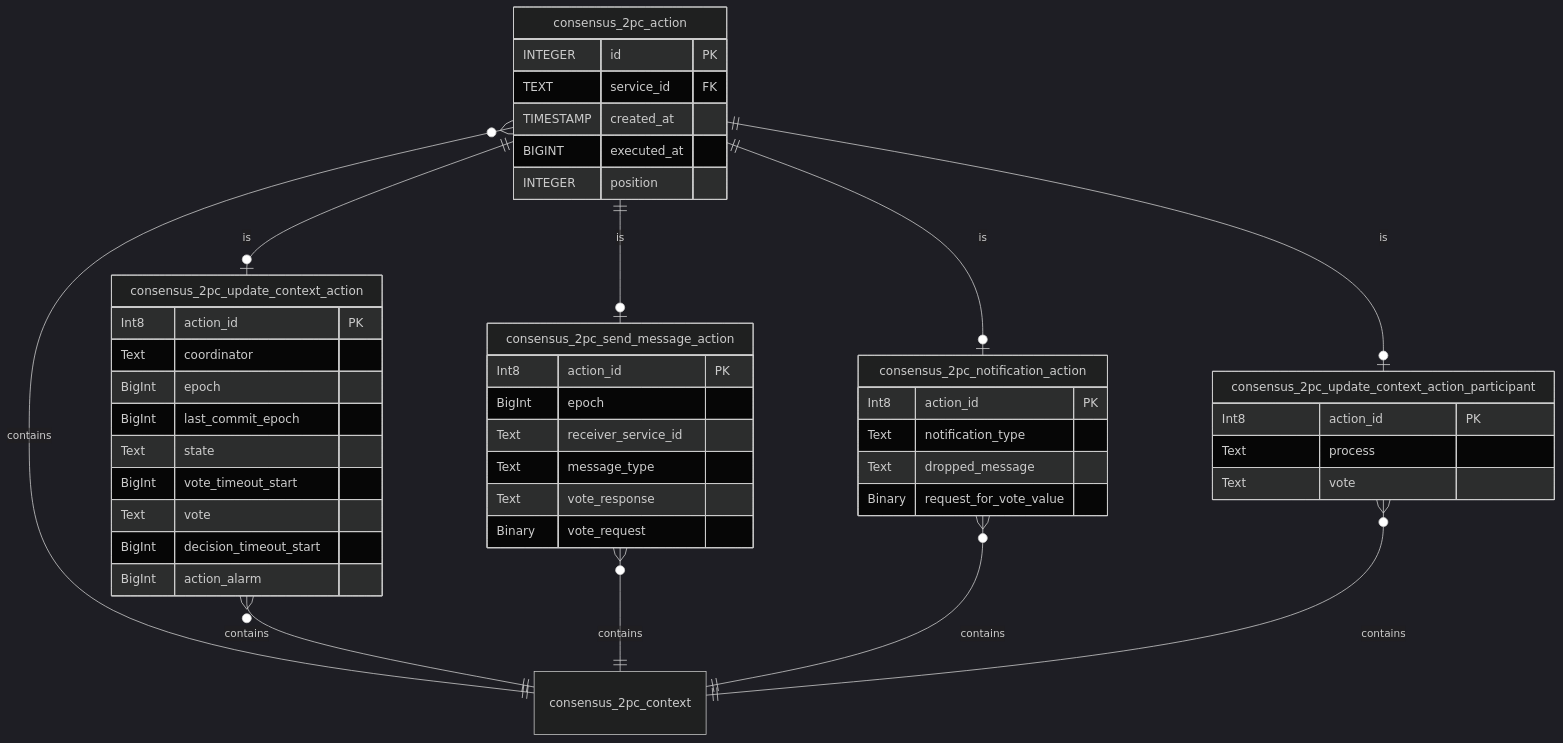
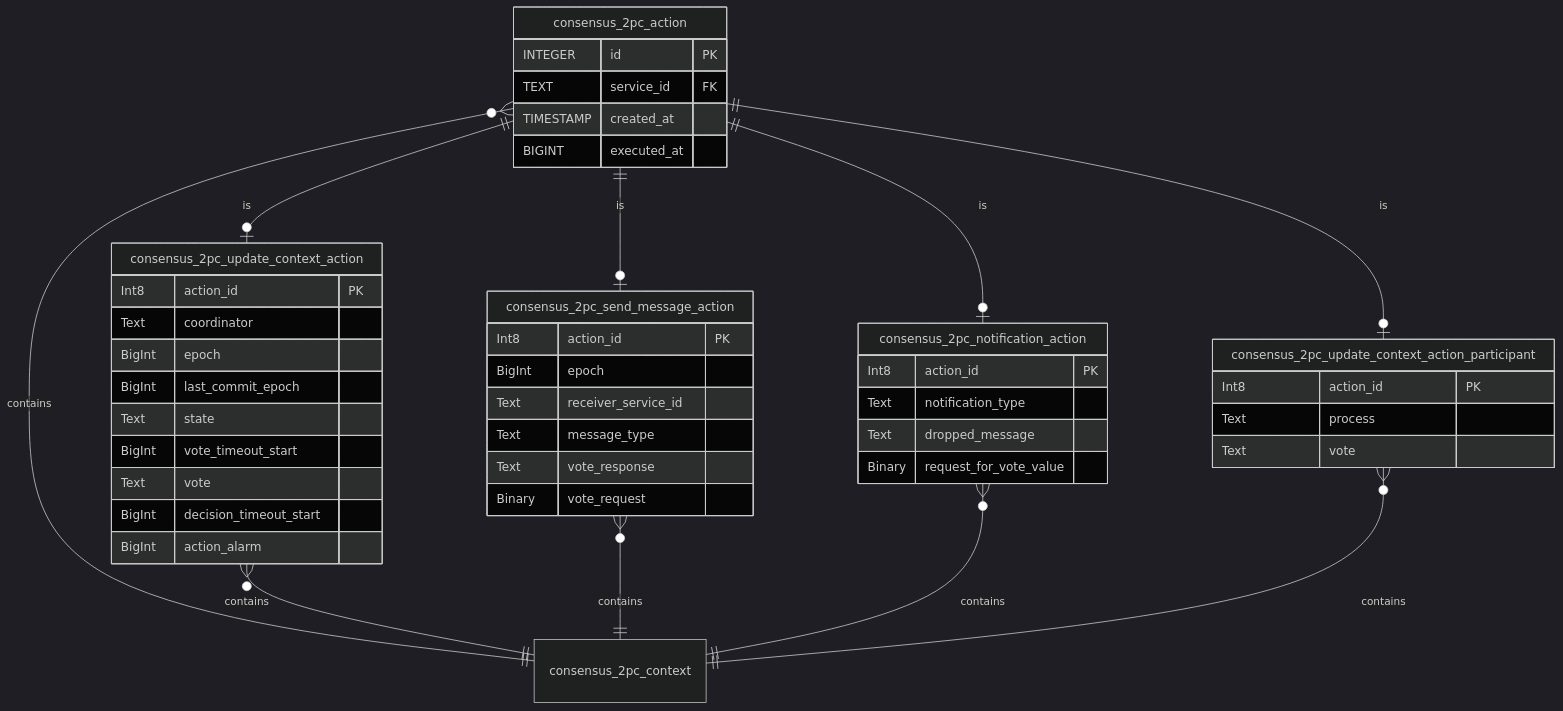
Before and after one commit to Cargill/splinter-docs: the third of 4 diagrams in community/planning/splinter_v0.7_database.md, drawn with Mermaid (dark theme). The commit also changed other lines of this file, not shown here.

First line of the commit message:
Update database doc - remove position column

```diff
--- a/community/planning/splinter_v0.7_database.md
+++ b/community/planning/splinter_v0.7_database.md
@@ -203,58 +203,57 @@
 <div class="mermaid">
 erDiagram
     consensus_2pc_context {}
 
     consensus_2pc_action {
         INTEGER id PK
         TEXT service_id FK
         TIMESTAMP created_at
         BIGINT executed_at
-        INTEGER position
     }
     consensus_2pc_action }o--|| consensus_2pc_context: contains
 
     consensus_2pc_update_context_action {
         Int8 action_id PK
         Text coordinator
         BigInt epoch
         BigInt last_commit_epoch
         Text state
         BigInt vote_timeout_start
         Text vote
         BigInt decision_timeout_start
         BigInt action_alarm
     }
     consensus_2pc_action ||--o| consensus_2pc_update_context_action: is
     consensus_2pc_update_context_action }o--|| consensus_2pc_context: contains
 
     consensus_2pc_send_message_action {
         Int8 action_id PK
         BigInt epoch
         Text receiver_service_id
         Text message_type
         Text vote_response
         Binary vote_request
     }
 
     consensus_2pc_action ||--o| consensus_2pc_send_message_action: is
     consensus_2pc_send_message_action }o--|| consensus_2pc_context: contains
 
     consensus_2pc_notification_action {
         Int8 action_id PK
         Text notification_type
         Text dropped_message
         Binary request_for_vote_value
     }
 
     consensus_2pc_action ||--o| consensus_2pc_notification_action: is
     consensus_2pc_notification_action }o--|| consensus_2pc_context: contains
 
     consensus_2pc_update_context_action_participant {
         Int8 action_id PK
         Text process
         Text vote
     }
 
 consensus_2pc_action ||--o| consensus_2pc_update_context_action_participant: is
 consensus_2pc_update_context_action_participant }o--|| consensus_2pc_context: contains
 </div>
```
